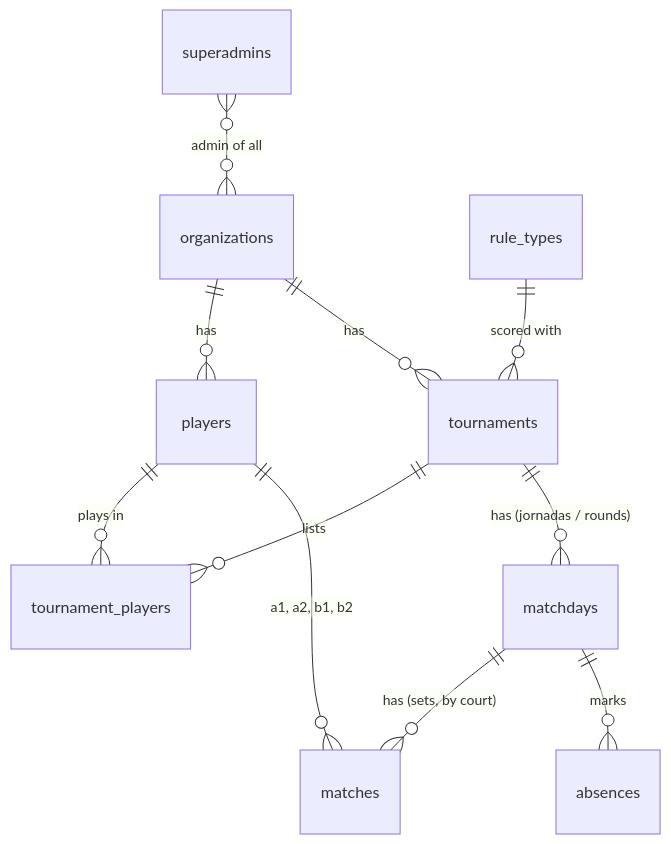
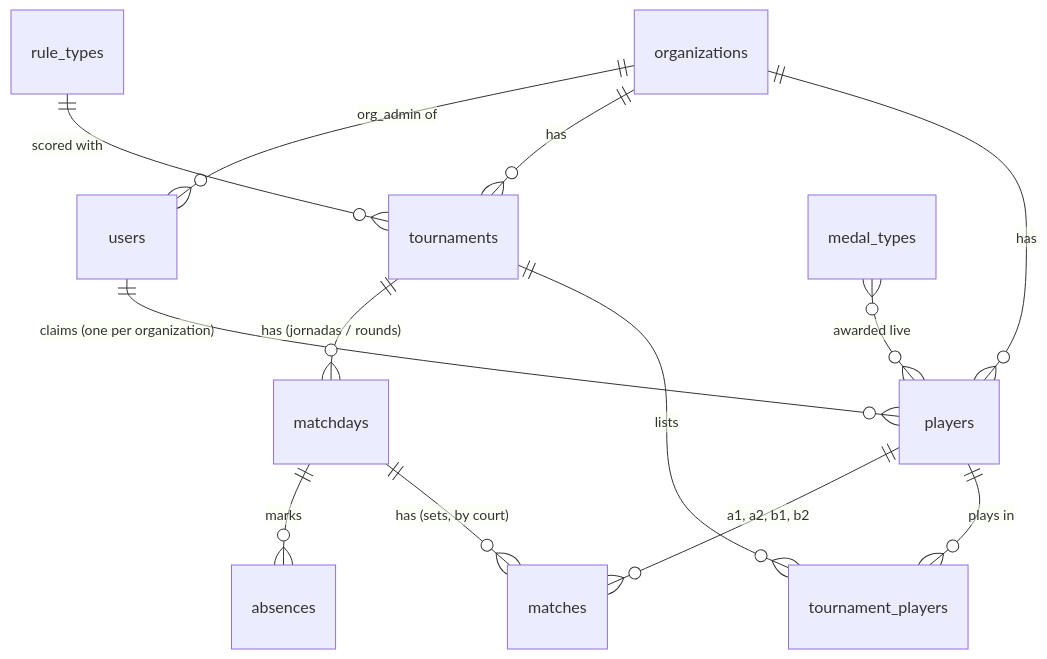
Before and after one commit to Sorrycion/PadelScore: the first of 2 diagrams in docs/processes/README.md, drawn with Mermaid. The commit also changed other lines of this file and 5 other files, not shown here.

First line of the commit message:
Rule: every PR documents itself (docs, diagrams, skills, memory)

````diff
--- a/docs/processes/README.md
+++ b/docs/processes/README.md
@@ -19,13 +19,15 @@
 ```mermaid
 erDiagram
     organizations ||--o{ players : has
     organizations ||--o{ tournaments : has
+    organizations ||--o{ users : "org_admin of"
+    users ||--o{ players : "claims (one per organization)"
     rule_types ||--o{ tournaments : "scored with"
     tournaments ||--o{ tournament_players : lists
     players ||--o{ tournament_players : "plays in"
     tournaments ||--o{ matchdays : "has (jornadas / rounds)"
     matchdays ||--o{ matches : "has (sets, by court)"
     matchdays ||--o{ absences : marks
     players ||--o{ matches : "a1, a2, b1, b2"
-    superadmins }o--o{ organizations : "admin of all"
+    medal_types }o--o{ players : "awarded live"
 ```
````
